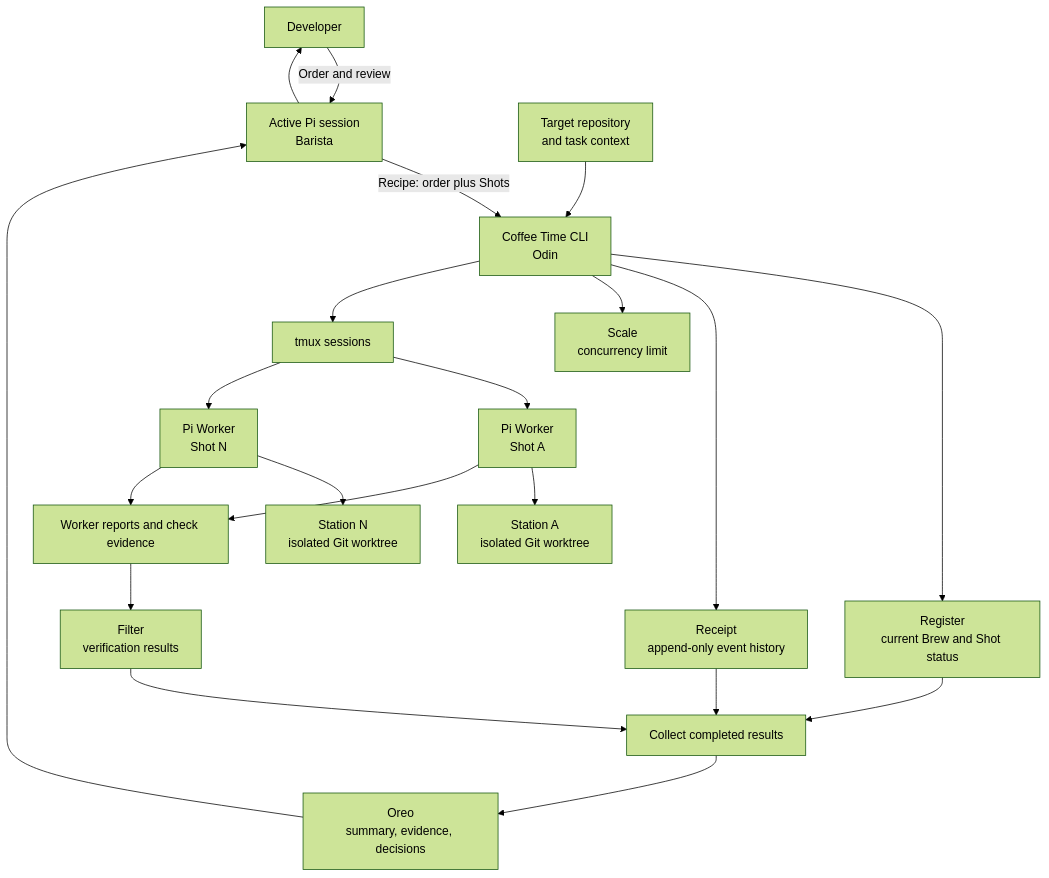
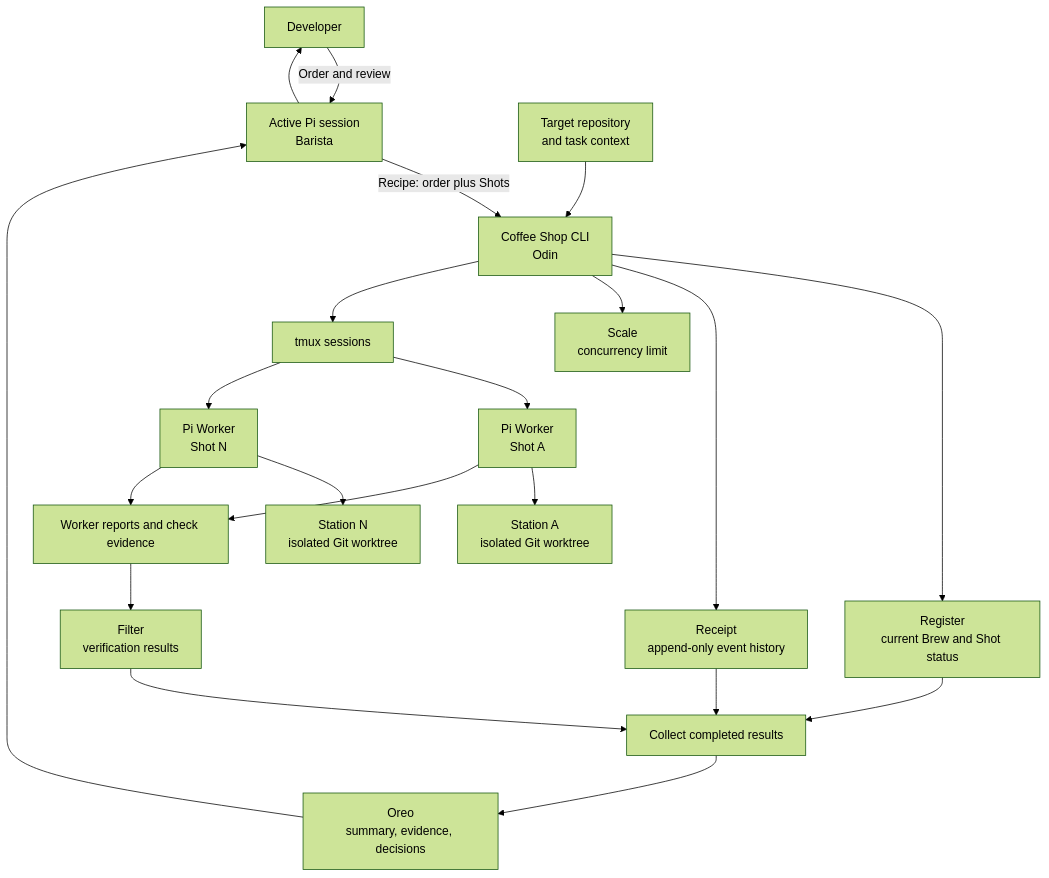
Before and after one commit to weima/coffee-shop: the diagram in docs/architecture.md, drawn with Mermaid (forest theme). The commit also changed other lines of this file and 3 other files, not shown here.

Commit message:
docs: unify product vocabulary as Coffee Shop

````diff
--- a/docs/architecture.md
+++ b/docs/architecture.md
@@ -7,23 +7,23 @@
 ```mermaid
 flowchart TD
     Dev[Developer] -->|Order and review| Barista[Active Pi session<br/>Barista]
-    Barista -->|Recipe: order plus Shots| CLI[Coffee Time CLI<br/>Odin]
+    Barista -->|Recipe: order plus Shots| CLI[Coffee Shop CLI<br/>Odin]
     Beans[Target repository<br/>and task context] --> CLI
     CLI --> Register[Register<br/>current Brew and Shot status]
     CLI --> Receipt[Receipt<br/>append-only event history]
     CLI --> Scale[Scale<br/>concurrency limit]
     CLI --> TMUX[tmux sessions]
     TMUX --> Worker1[Pi Worker<br/>Shot A]
     TMUX --> WorkerN[Pi Worker<br/>Shot N]
     Worker1 --> Station1[Station A<br/>isolated Git worktree]
     WorkerN --> StationN[Station N<br/>isolated Git worktree]
     Worker1 --> Results[Worker reports and check evidence]
     WorkerN --> Results
     Results --> Filter[Filter<br/>verification results]
     Register --> Collect[Collect completed results]
     Receipt --> Collect
     Filter --> Collect
     Collect --> Oreo[Oreo<br/>summary, evidence, decisions]
     Oreo --> Barista
     Barista --> Dev
 ```
````
